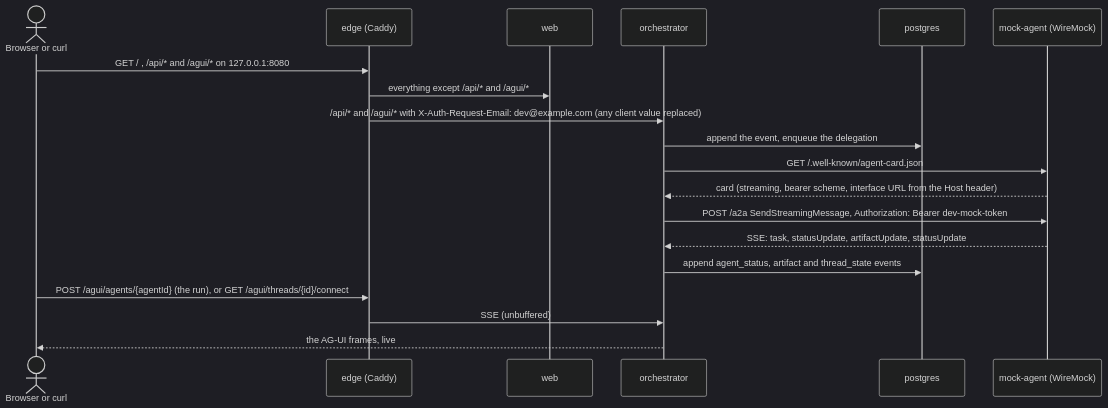
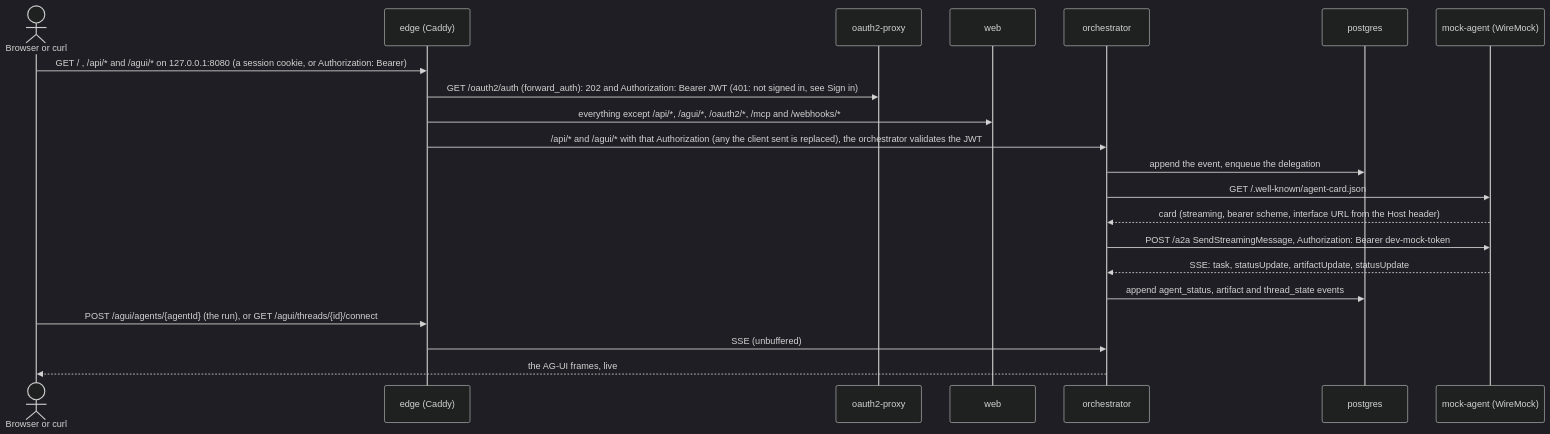
The second of 31 diagrams in dev/README.md (vymalo/another-agentic-system), drawn with Mermaid (dark theme) before and after one commit. The commit also changed other lines of this file and 43 other files, not shown here.

First line of the commit message:
build(dev): a mock OIDC issuer and oauth2-proxy in front of the stack (ADR 0033, S16) (#113)

````diff
--- a/dev/README.md
+++ b/dev/README.md
@@ -371,21 +469,23 @@
 ```mermaid
 sequenceDiagram
   actor U as Browser or curl
   participant E as edge (Caddy)
+  participant A as oauth2-proxy
   participant W as web
   participant O as orchestrator
   participant P as postgres
   participant M as mock-agent (WireMock)
-  U->>E: GET / , /api/* and /agui/* on 127.0.0.1:8080
-  E->>W: everything except /api/* and /agui/*
-  E->>O: /api/* and /agui/* with X-Auth-Request-Email: dev@example.com (any client value replaced)
+  U->>E: GET / , /api/* and /agui/* on 127.0.0.1:8080 (a session cookie, or Authorization: Bearer)
+  E->>A: GET /oauth2/auth (forward_auth): 202 and Authorization: Bearer JWT (401: not signed in, see Sign in)
+  E->>W: everything except /api/*, /agui/*, /oauth2/*, /mcp and /webhooks/*
+  E->>O: /api/* and /agui/* with that Authorization (any the client sent is replaced), the orchestrator validates the JWT
   O->>P: append the event, enqueue the delegation
   O->>M: GET /.well-known/agent-card.json
   M-->>O: card (streaming, bearer scheme, interface URL from the Host header)
   O->>M: POST /a2a SendStreamingMessage, Authorization: Bearer dev-mock-token
   M-->>O: SSE: task, statusUpdate, artifactUpdate, statusUpdate
   O->>P: append agent_status, artifact and thread_state events
   U->>E: POST /agui/agents/{agentId} (the run), or GET /agui/threads/{id}/connect
   E->>O: SSE (unbuffered)
   O-->>U: the AG-UI frames, live
 ```
````
